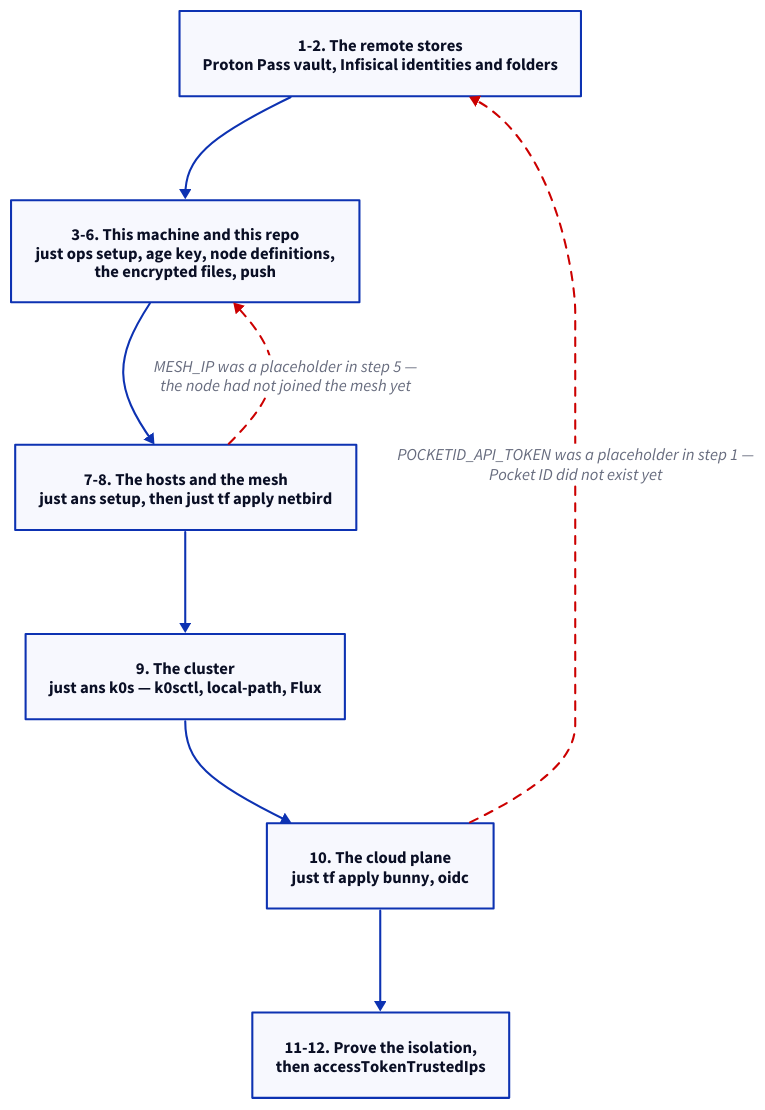
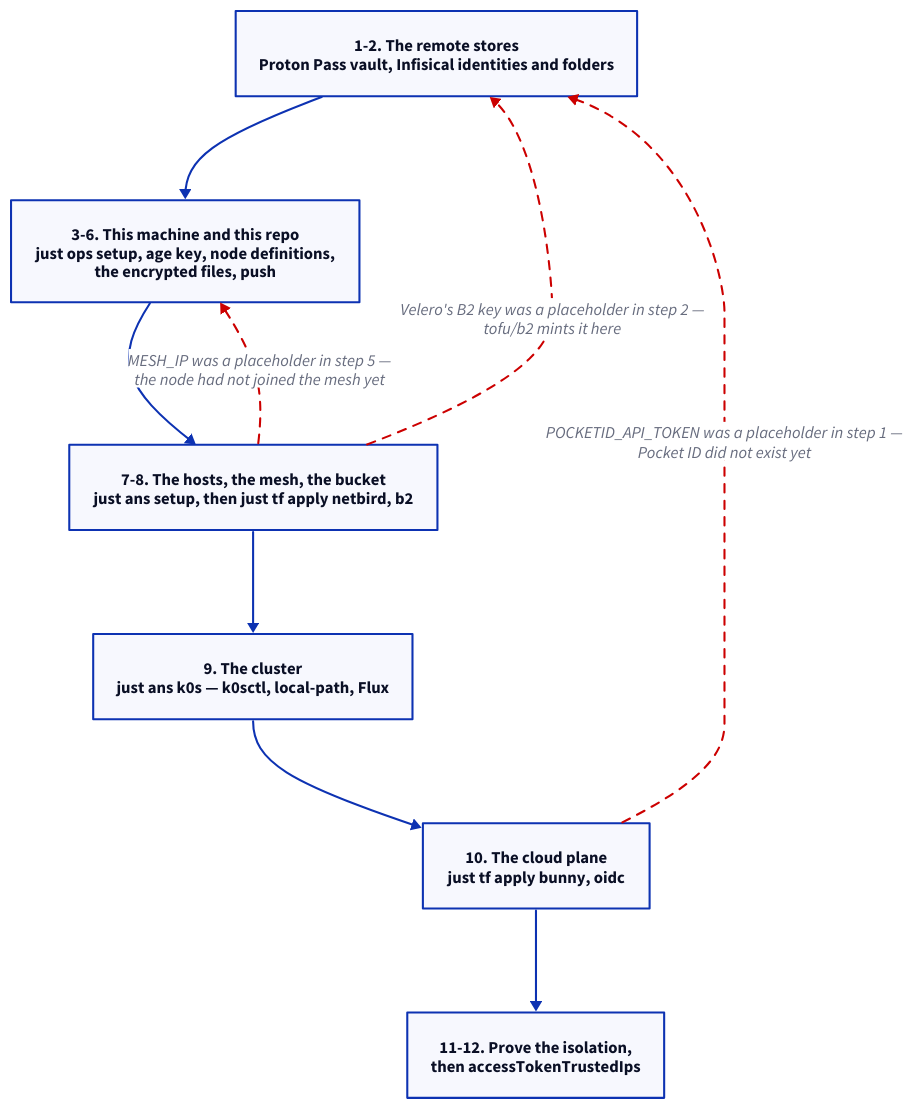
One commit to brewcoua/futhark changed the diagram in docs/src/operations/setup.md. Above: the diagram before and after it, drawn with D2. The commit also changed other lines of this file and 25 other files, not shown here.

````diff
--- a/docs/src/operations/setup.md
+++ b/docs/src/operations/setup.md
@@ -9,19 +9,22 @@
 ```d2
 direction: down
 
 stores: "1-2. The remote stores\nProton Pass vault, Infisical identities and folders"
 repo: "3-6. This machine and this repo\njust ops setup, age key, node definitions,\nthe encrypted files, push"
-hosts: "7-8. The hosts and the mesh\njust ans setup, then just tf apply netbird"
+hosts: "7-8. The hosts, the mesh, the bucket\njust ans setup, then just tf apply netbird, b2"
 cluster: "9. The cluster\njust ans k0s — k0sctl, local-path, Flux"
 cloud: "10. The cloud plane\njust tf apply bunny, oidc"
 after: "11-12. Prove the isolation,\nthen accessTokenTrustedIps"
 
 stores -> repo -> hosts -> cluster -> cloud -> after
 
 hosts -> repo: "MESH_IP was a placeholder in step 5 —\nthe node had not joined the mesh yet" {
   style: { stroke-dash: 4; stroke: "#c00" }
 }
+hosts -> stores: "Velero's B2 key was a placeholder in step 2 —\ntofu/b2 mints it here" {
+  style: { stroke-dash: 4; stroke: "#c00" }
+}
 cloud -> stores: "POCKETID_API_TOKEN was a placeholder in step 1 —\nPocket ID did not exist yet" {
   style: { stroke-dash: 4; stroke: "#c00" }
 }
 ```
````
